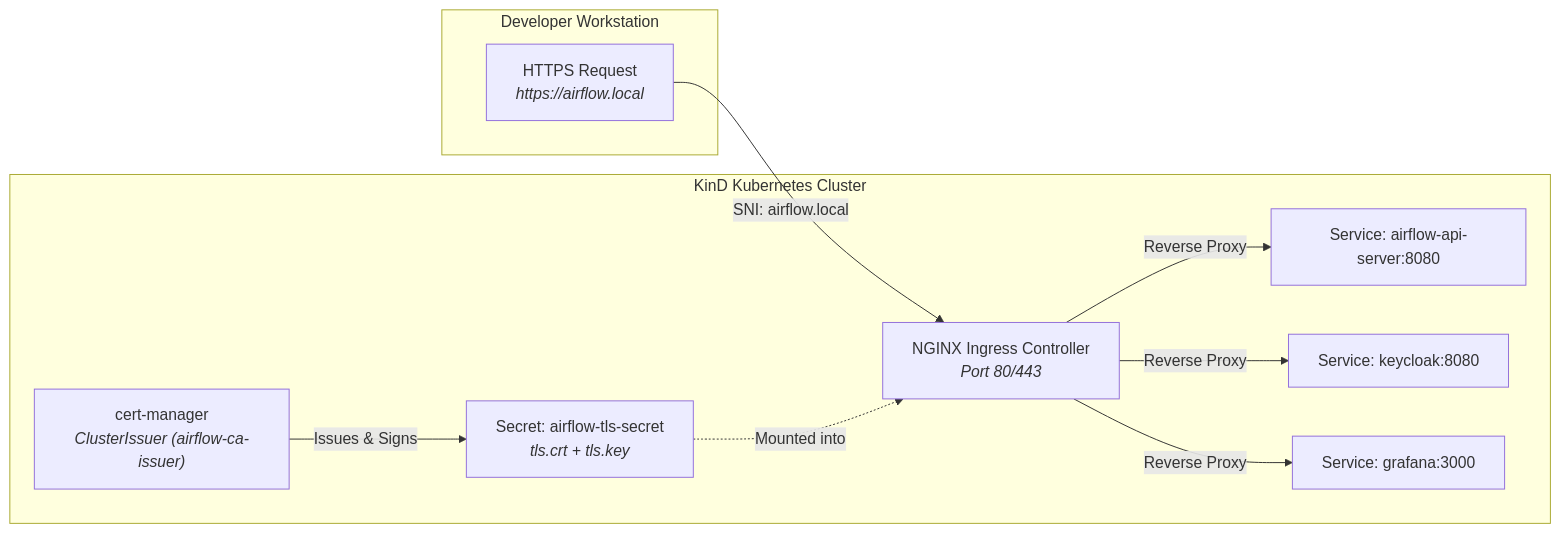
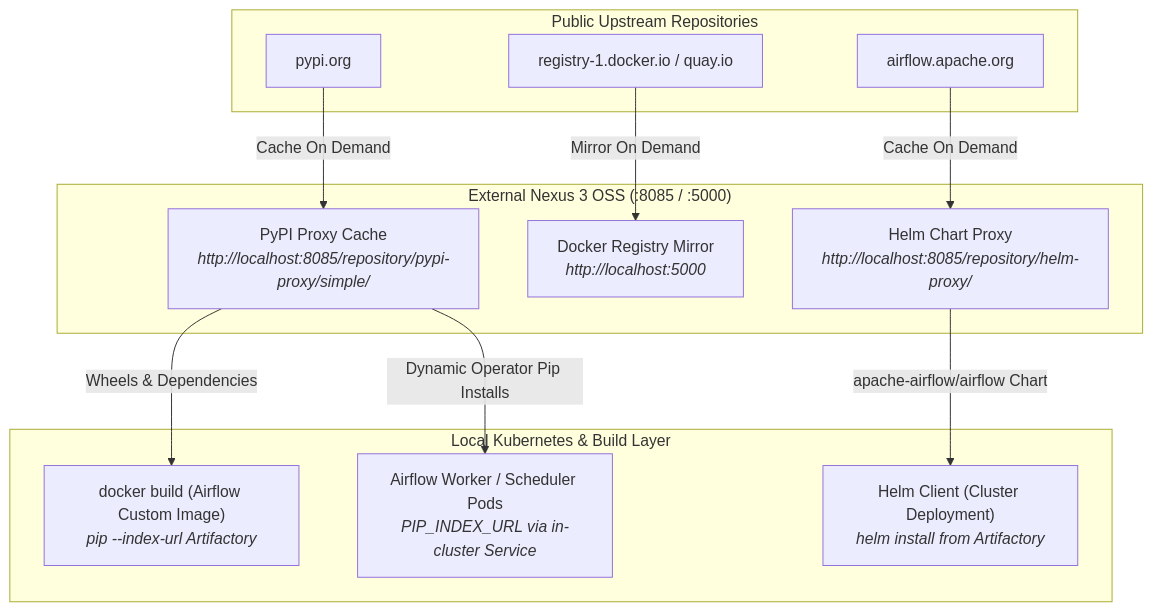
Before and after one commit to amirsohelprowork-netizen/Learn_Airflow: the second of 3 diagrams in README.md, drawn with Mermaid. The commit also changed other lines of this file and 10 other files, not shown here.

````diff
--- a/README.md
+++ b/README.md
@@ -229,23 +139,28 @@
 ```mermaid
-flowchart LR
-    subgraph Client["Developer Workstation"]
-        REQ["HTTPS Request<br/><i>https://airflow.local</i>"]
+flowchart TD
+    subgraph PublicNet["Public Upstream Repositories"]
+        UP_PYPI["pypi.org"]
+        UP_DOCKER["registry-1.docker.io / quay.io"]
+        UP_HELM["airflow.apache.org"]
     end
 
-    subgraph Cluster["KinD Kubernetes Cluster"]
-        ING["NGINX Ingress Controller<br/><i>Port 80/443</i>"]
-        CM["cert-manager<br/><i>ClusterIssuer (airflow-ca-issuer)</i>"]
-        SEC["Secret: airflow-tls-secret<br/><i>tls.crt + tls.key</i>"]
-
-        SVC_AIRFLOW["Service: airflow-api-server:8080"]
-        SVC_KC["Service: keycloak:8080"]
-        SVC_GRAF["Service: grafana:3000"]
+    subgraph HostRegistry["External Nexus 3 OSS (:8085 / :5000)"]
+        PROXY_PYPI["PyPI Proxy Cache<br/><i>http://localhost:8085/repository/pypi-proxy/simple/</i>"]
+        PROXY_DOCKER["Docker Registry Mirror<br/><i>http://localhost:5000</i>"]
+        PROXY_HELM["Helm Chart Proxy<br/><i>http://localhost:8085/repository/helm-proxy/</i>"]
     end
 
-    REQ -->|SNI: airflow.local| ING
-    CM -->|Issues & Signs| SEC
-    SEC -.->|Mounted into| ING
-    ING -->|Reverse Proxy| SVC_AIRFLOW
-    ING -->|Reverse Proxy| SVC_KC
-    ING -->|Reverse Proxy| SVC_GRAF
+    subgraph LabEnvironment["Local Kubernetes & Build Layer"]
+        BUILD["docker build (Airflow Custom Image)<br/><i>pip --index-url Artifactory</i>"]
+        K8S_HELM["Helm Client (Cluster Deployment)<br/><i>helm install from Artifactory</i>"]
+        PODS["Airflow Worker / Scheduler Pods<br/><i>PIP_INDEX_URL via in-cluster Service</i>"]
+    end
+
+    UP_PYPI -->|Cache On Demand| PROXY_PYPI
+    UP_DOCKER -->|Mirror On Demand| PROXY_DOCKER
+    UP_HELM -->|Cache On Demand| PROXY_HELM
+
+    PROXY_PYPI -->|Wheels & Dependencies| BUILD
+    PROXY_PYPI -->|Dynamic Operator Pip Installs| PODS
+    PROXY_HELM -->|apache-airflow/airflow Chart| K8S_HELM
 ```
````
